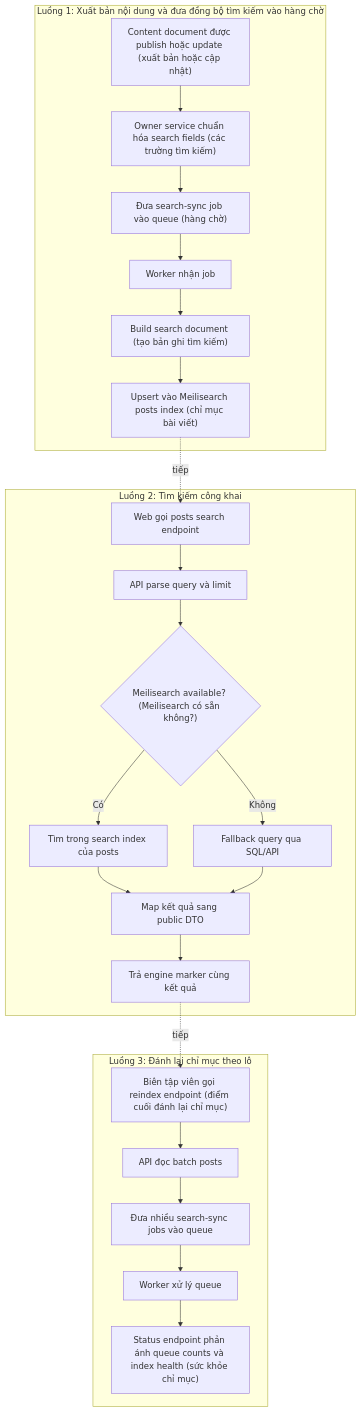
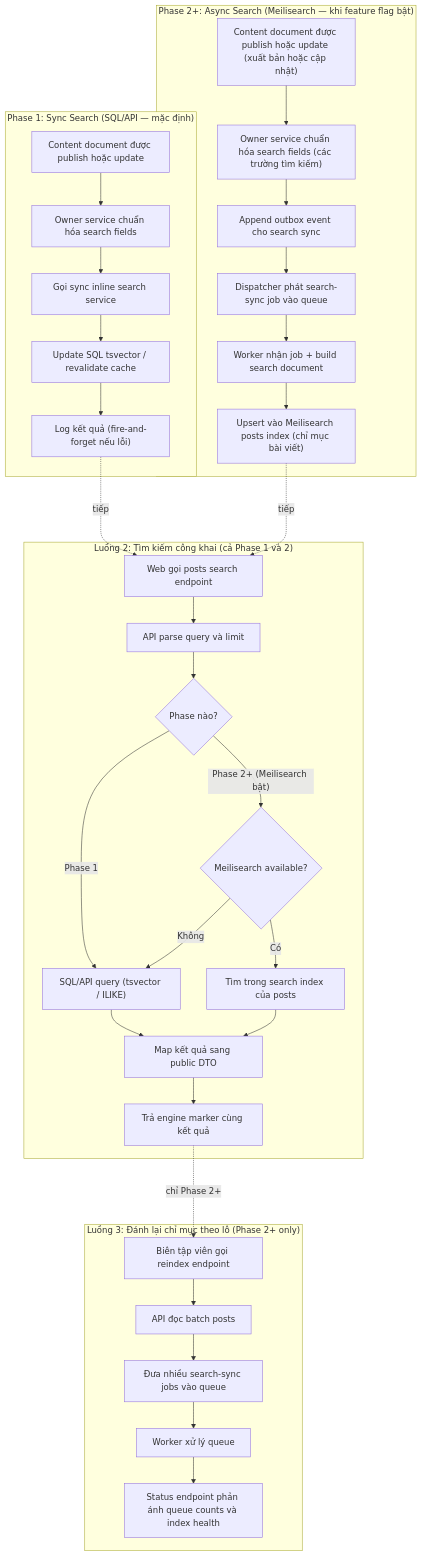
Before and after one commit to QuyenVjp/PMTL_VN: the diagram in design/06-search/flows.mmd, drawn with Mermaid. The commit also changed 26 other files, not shown here.

```diff
--- a/design/06-search/flows.mmd
+++ b/design/06-search/flows.mmd
@@ -1,28 +1,38 @@
 flowchart TD
-    subgraph Flow1 ["Luồng 1: Xuất bản nội dung và đưa đồng bộ tìm kiếm vào hàng chờ"]
+    subgraph Phase1 ["Phase 1: Sync Search (SQL/API — mặc định)"]
+        P1A["Content document được publish hoặc update"] --> P1B["Owner service chuẩn hóa search fields"]
+        P1B --> P1C["Gọi sync inline search service"]
+        P1C --> P1D["Update SQL tsvector / revalidate cache"]
+        P1D --> P1E["Log kết quả (fire-and-forget nếu lỗi)"]
+    end
+
+    subgraph Phase2 ["Phase 2+: Async Search (Meilisearch — khi feature flag bật)"]
         S1A["Content document được publish hoặc update (xuất bản hoặc cập nhật)"] --> S1B["Owner service chuẩn hóa search fields (các trường tìm kiếm)"]
-        S1B --> S1C["Đưa search-sync job vào queue (hàng chờ)"]
-        S1C --> S1D["Worker nhận job"]
-        S1D --> S1E["Build search document (tạo bản ghi tìm kiếm)"]
+        S1B --> S1C["Append outbox event cho search sync"]
+        S1C --> S1D["Dispatcher phát search-sync job vào queue"]
+        S1D --> S1E["Worker nhận job + build search document"]
         S1E --> S1F["Upsert vào Meilisearch posts index (chỉ mục bài viết)"]
     end
 
-    subgraph Flow2 ["Luồng 2: Tìm kiếm công khai"]
+    subgraph Flow2 ["Luồng 2: Tìm kiếm công khai (cả Phase 1 và 2)"]
         S2A["Web gọi posts search endpoint"] --> S2B["API parse query và limit"]
-        S2B --> S2C{"Meilisearch available? (Meilisearch có sẵn không?)"}
-        S2C -->|"Có"| S2D["Tìm trong search index của posts"]
-        S2C -->|"Không"| S2E["Fallback query qua SQL/API"]
-        S2D --> S2F["Map kết quả sang public DTO"]
-        S2E --> S2F
-        S2F --> S2G["Trả engine marker cùng kết quả"]
+        S2B --> S2C{"Phase nào?"}
+        S2C -->|"Phase 1"| S2E["SQL/API query (tsvector / ILIKE)"]
+        S2C -->|"Phase 2+ (Meilisearch bật)"| S2D{"Meilisearch available?"}
+        S2D -->|"Có"| S2F["Tìm trong search index của posts"]
+        S2D -->|"Không"| S2E
+        S2E --> S2G["Map kết quả sang public DTO"]
+        S2F --> S2G
+        S2G --> S2H["Trả engine marker cùng kết quả"]
     end
 
-    subgraph Flow3 ["Luồng 3: Đánh lại chỉ mục theo lô"]
-        S3A["Biên tập viên gọi reindex endpoint (điểm cuối đánh lại chỉ mục)"] --> S3B["API đọc batch posts"]
+    subgraph Flow3 ["Luồng 3: Đánh lại chỉ mục theo lô (Phase 2+ only)"]
+        S3A["Biên tập viên gọi reindex endpoint"] --> S3B["API đọc batch posts"]
         S3B --> S3C["Đưa nhiều search-sync jobs vào queue"]
         S3C --> S3D["Worker xử lý queue"]
-        S3D --> S3E["Status endpoint phản ánh queue counts và index health (sức khỏe chỉ mục)"]
+        S3D --> S3E["Status endpoint phản ánh queue counts và index health"]
     end
 
-    S1F -.->|"tiếp"| S2A
-    S2G -.->|"tiếp"| S3A
+    P1E -..->|"tiếp"| S2A
+    S1F -..->|"tiếp"| S2A
+    S2H -..->|"chỉ Phase 2+"| S3A
```
